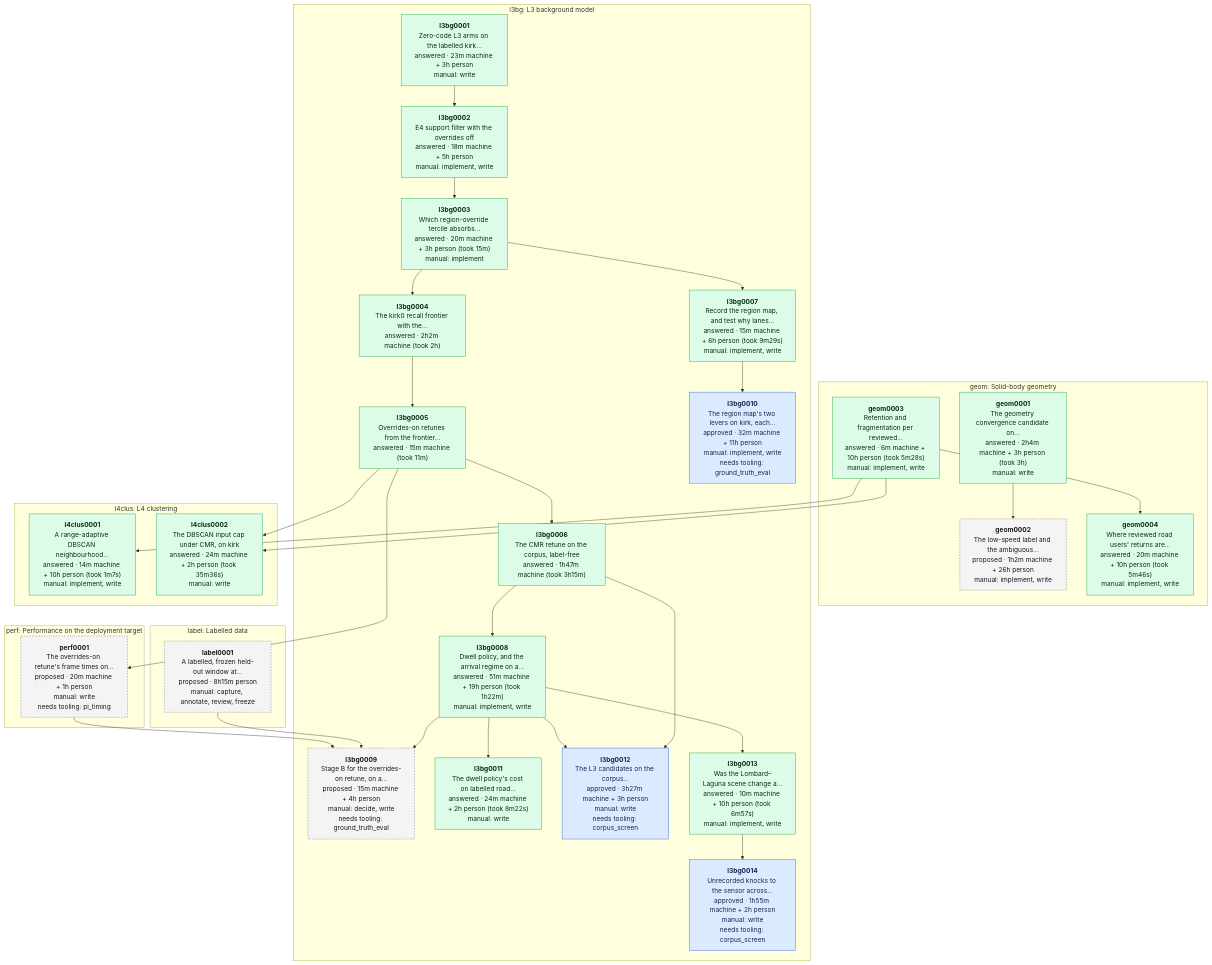
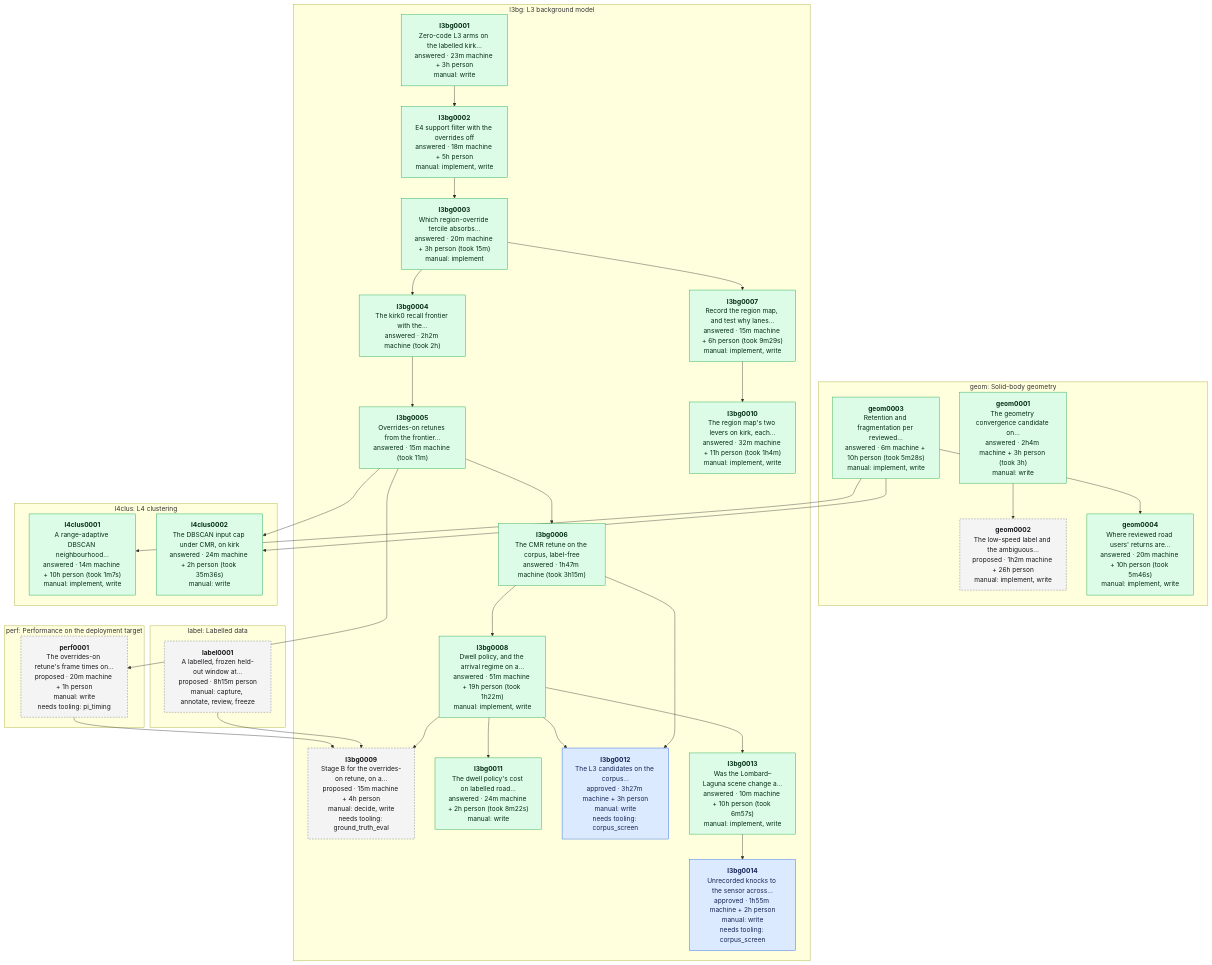
The diagram in data/experiments/DEPENDENCIES.md (banshee-data/velocity.report), drawn with Mermaid before and after one commit. The commit also changed other lines of this file and 4 other files, not shown here.

Commit message:
[ai][docs] l3bg0010 answered; the region map report, LIDAR.md and the devlog link the levers

````diff
--- a/data/experiments/DEPENDENCIES.md
+++ b/data/experiments/DEPENDENCIES.md
@@ -7,61 +7,61 @@
 ```mermaid
 flowchart TB
   classDef proposed fill:#f4f4f5,stroke:#71717a,stroke-dasharray:4 3,color:#18181b
   classDef approved fill:#dbeafe,stroke:#2563eb,color:#172554
   classDef answered fill:#dcfce7,stroke:#16a34a,color:#052e16
   classDef retired fill:#fafafa,stroke:#d4d4d8,color:#71717a
   subgraph area_geom ["geom: Solid-body geometry"]
     geom0001["<b>geom0001</b><br/>The geometry convergence candidate on…<br/>answered · 2h4m machine + 3h person (took 3h)<br/>manual: write"]:::answered
     geom0002["<b>geom0002</b><br/>The low-speed label and the ambiguous…<br/>proposed · 1h2m machine + 26h person<br/>manual: implement, write"]:::proposed
     geom0003["<b>geom0003</b><br/>Retention and fragmentation per reviewed…<br/>answered · 6m machine + 10h person (took 5m28s)<br/>manual: implement, write"]:::answered
     geom0004["<b>geom0004</b><br/>Where reviewed road users' returns are…<br/>answered · 20m machine + 10h person (took 5m46s)<br/>manual: implement, write"]:::answered
   end
   subgraph area_l3bg ["l3bg: L3 background model"]
     l3bg0001["<b>l3bg0001</b><br/>Zero-code L3 arms on the labelled kirk…<br/>answered · 23m machine + 3h person<br/>manual: write"]:::answered
     l3bg0002["<b>l3bg0002</b><br/>E4 support filter with the overrides off<br/>answered · 18m machine + 5h person<br/>manual: implement, write"]:::answered
     l3bg0003["<b>l3bg0003</b><br/>Which region-override tercile absorbs…<br/>answered · 20m machine + 3h person (took 15m)<br/>manual: implement"]:::answered
     l3bg0004["<b>l3bg0004</b><br/>The kirk0 recall frontier with the…<br/>answered · 2h2m machine (took 2h)"]:::answered
     l3bg0005["<b>l3bg0005</b><br/>Overrides-on retunes from the frontier…<br/>answered · 15m machine (took 11m)"]:::answered
     l3bg0006["<b>l3bg0006</b><br/>The CMR retune on the corpus, label-free<br/>answered · 1h47m machine (took 3h15m)"]:::answered
     l3bg0007["<b>l3bg0007</b><br/>Record the region map, and test why lanes…<br/>answered · 15m machine + 6h person (took 9m29s)<br/>manual: implement, write"]:::answered
     l3bg0008["<b>l3bg0008</b><br/>Dwell policy, and the arrival regime on a…<br/>answered · 51m machine + 19h person (took 1h22m)<br/>manual: implement, write"]:::answered
     l3bg0009["<b>l3bg0009</b><br/>Stage B for the overrides-on retune, on a…<br/>proposed · 15m machine + 4h person<br/>manual: decide, write<br/>needs tooling: ground_truth_eval"]:::proposed
-    l3bg0010["<b>l3bg0010</b><br/>The region map's two levers on kirk, each…<br/>approved · 32m machine + 11h person<br/>manual: implement, write<br/>needs tooling: ground_truth_eval"]:::approved
+    l3bg0010["<b>l3bg0010</b><br/>The region map's two levers on kirk, each…<br/>answered · 32m machine + 11h person (took 1h4m)<br/>manual: implement, write"]:::answered
     l3bg0011["<b>l3bg0011</b><br/>The dwell policy's cost on labelled road…<br/>answered · 24m machine + 2h person (took 8m22s)<br/>manual: write"]:::answered
     l3bg0012["<b>l3bg0012</b><br/>The L3 candidates on the corpus…<br/>approved · 3h27m machine + 3h person<br/>manual: write<br/>needs tooling: corpus_screen"]:::approved
     l3bg0013["<b>l3bg0013</b><br/>Was the Lombard–Laguna scene change a…<br/>answered · 10m machine + 10h person (took 6m57s)<br/>manual: implement, write"]:::answered
     l3bg0014["<b>l3bg0014</b><br/>Unrecorded knocks to the sensor across…<br/>approved · 1h55m machine + 2h person<br/>manual: write<br/>needs tooling: corpus_screen"]:::approved
   end
   subgraph area_l4clus ["l4clus: L4 clustering"]
     l4clus0001["<b>l4clus0001</b><br/>A range-adaptive DBSCAN neighbourhood…<br/>answered · 14m machine + 10h person (took 1m7s)<br/>manual: implement, write"]:::answered
     l4clus0002["<b>l4clus0002</b><br/>The DBSCAN input cap under CMR, on kirk<br/>answered · 24m machine + 2h person (took 35m36s)<br/>manual: write"]:::answered
   end
   subgraph area_label ["label: Labelled data"]
     label0001["<b>label0001</b><br/>A labelled, frozen held-out window at…<br/>proposed · 8h15m person<br/>manual: capture, annotate, review, freeze"]:::proposed
   end
   subgraph area_perf ["perf: Performance on the deployment target"]
     perf0001["<b>perf0001</b><br/>The overrides-on retune's frame times on…<br/>proposed · 20m machine + 1h person<br/>manual: write<br/>needs tooling: pi_timing"]:::proposed
   end
   geom0001 --> geom0002
   geom0003 --> geom0004
   l3bg0001 --> l3bg0002
   l3bg0002 --> l3bg0003
   l3bg0003 --> l3bg0004
   l3bg0004 --> l3bg0005
   l3bg0005 --> l3bg0006
   l3bg0003 --> l3bg0007
   l3bg0006 --> l3bg0008
   l3bg0008 --> l3bg0009
   label0001 --> l3bg0009
   perf0001 --> l3bg0009
   l3bg0007 --> l3bg0010
   l3bg0008 --> l3bg0011
   l3bg0006 --> l3bg0012
   l3bg0008 --> l3bg0012
   l3bg0008 --> l3bg0013
   l3bg0013 --> l3bg0014
   geom0003 --> l4clus0001
   geom0003 --> l4clus0002
   l3bg0005 --> l4clus0002
   l3bg0005 --> perf0001
 ```
````
